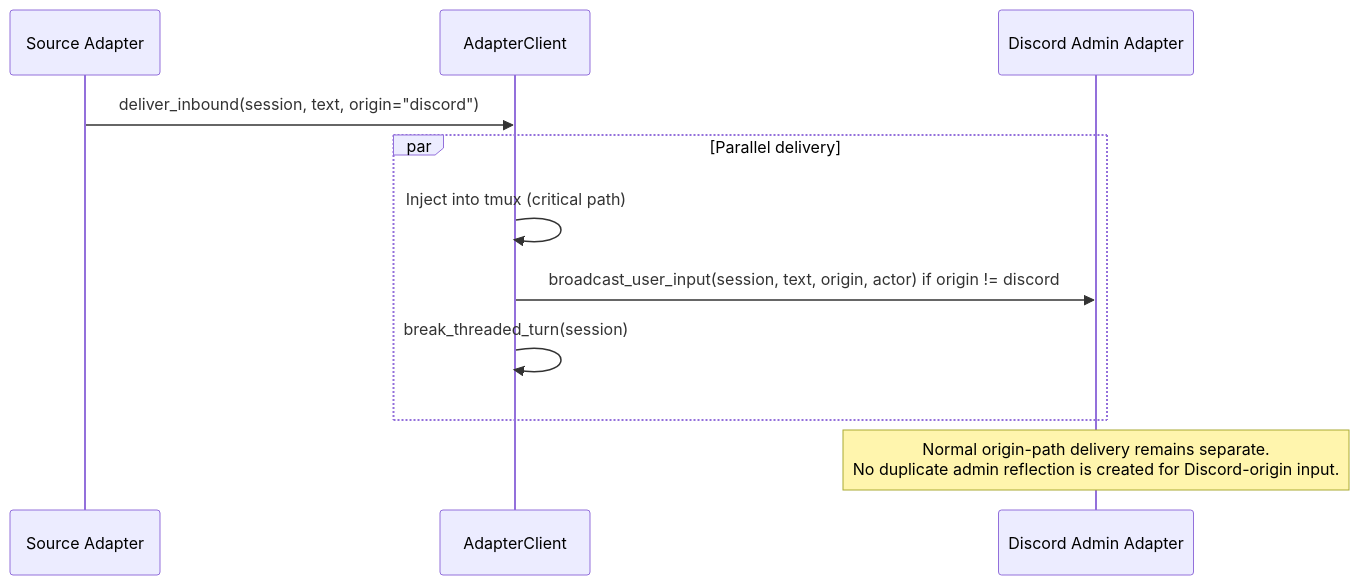
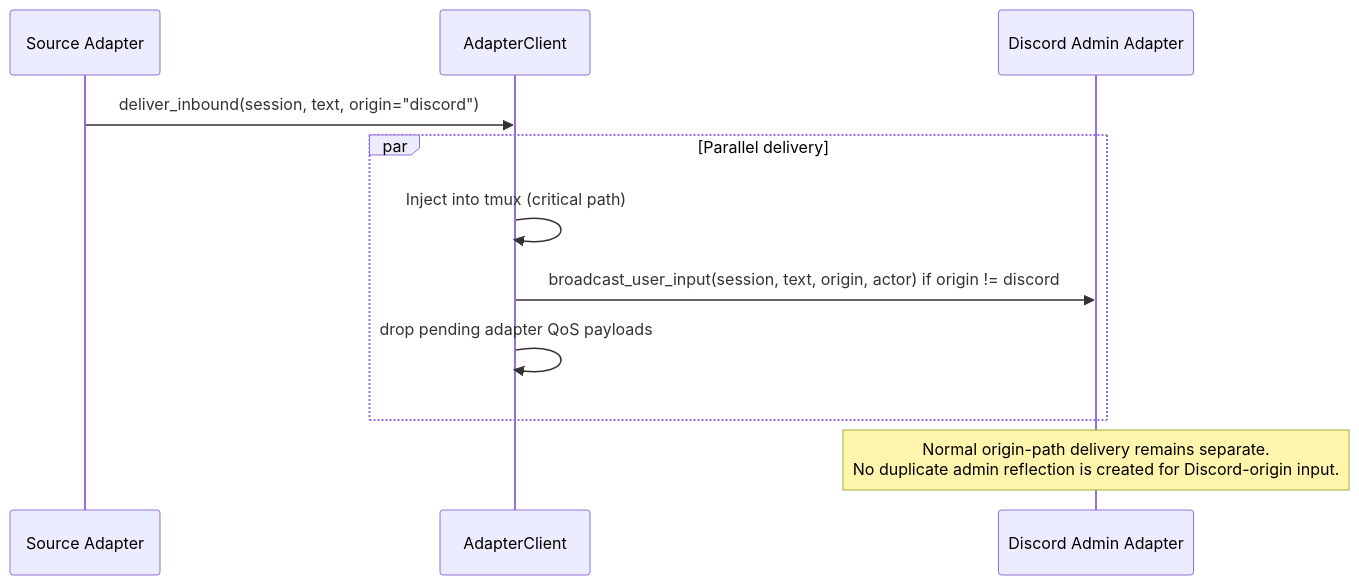
Before and after one commit to InstruktAI/TeleClaude: the fifth of 6 diagrams in docs/project/design/architecture/adapter-client.md, drawn with Mermaid. The commit also changed other lines of this file and 270 other files, not shown here.

````diff
--- a/docs/project/design/architecture/adapter-client.md
+++ b/docs/project/design/architecture/adapter-client.md
@@ -130,14 +138,14 @@
 ```mermaid
 sequenceDiagram
     participant Source as Source Adapter
     participant AC as AdapterClient
     participant Discord as Discord Admin Adapter
 
     Source->>AC: deliver_inbound(session, text, origin="discord")
     par Parallel delivery
         AC->>AC: Inject into tmux (critical path)
         AC->>Discord: broadcast_user_input(session, text, origin, actor) if origin != discord
-        AC->>AC: break_threaded_turn(session)
+        AC->>AC: drop pending adapter QoS payloads
     end
     Note over Discord: Normal origin-path delivery remains separate.<br/>No duplicate admin reflection is created for Discord-origin input.
 ```
````
